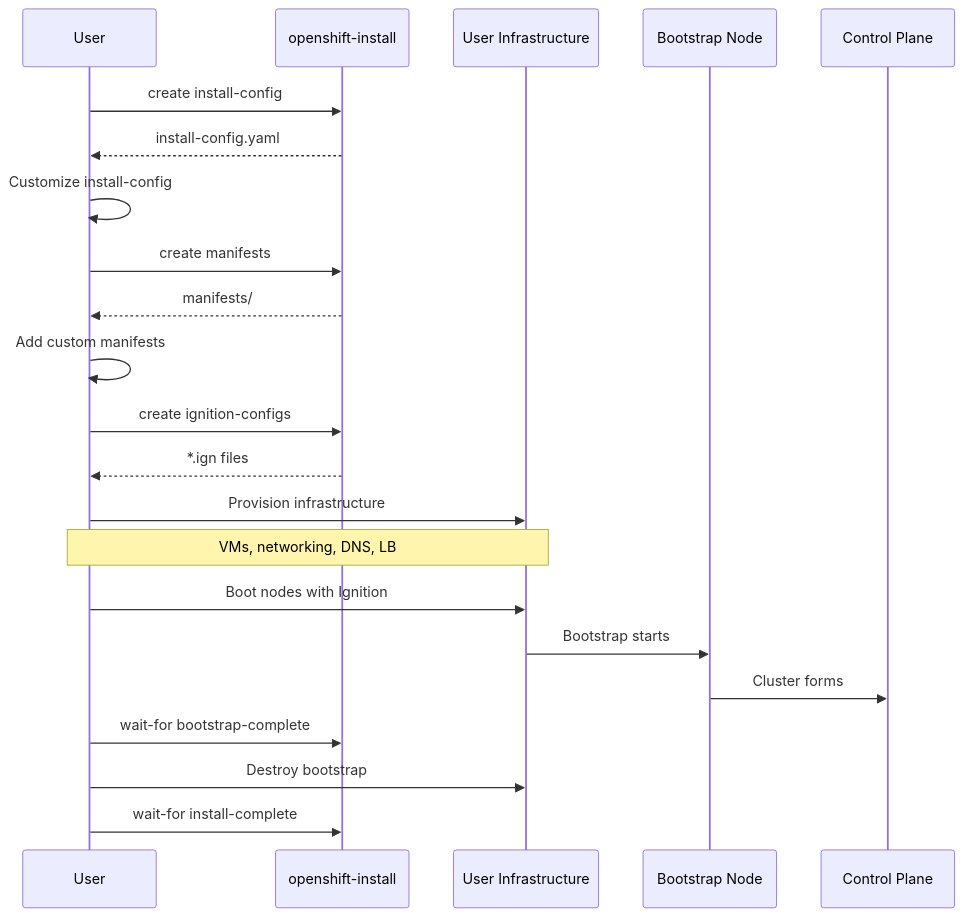
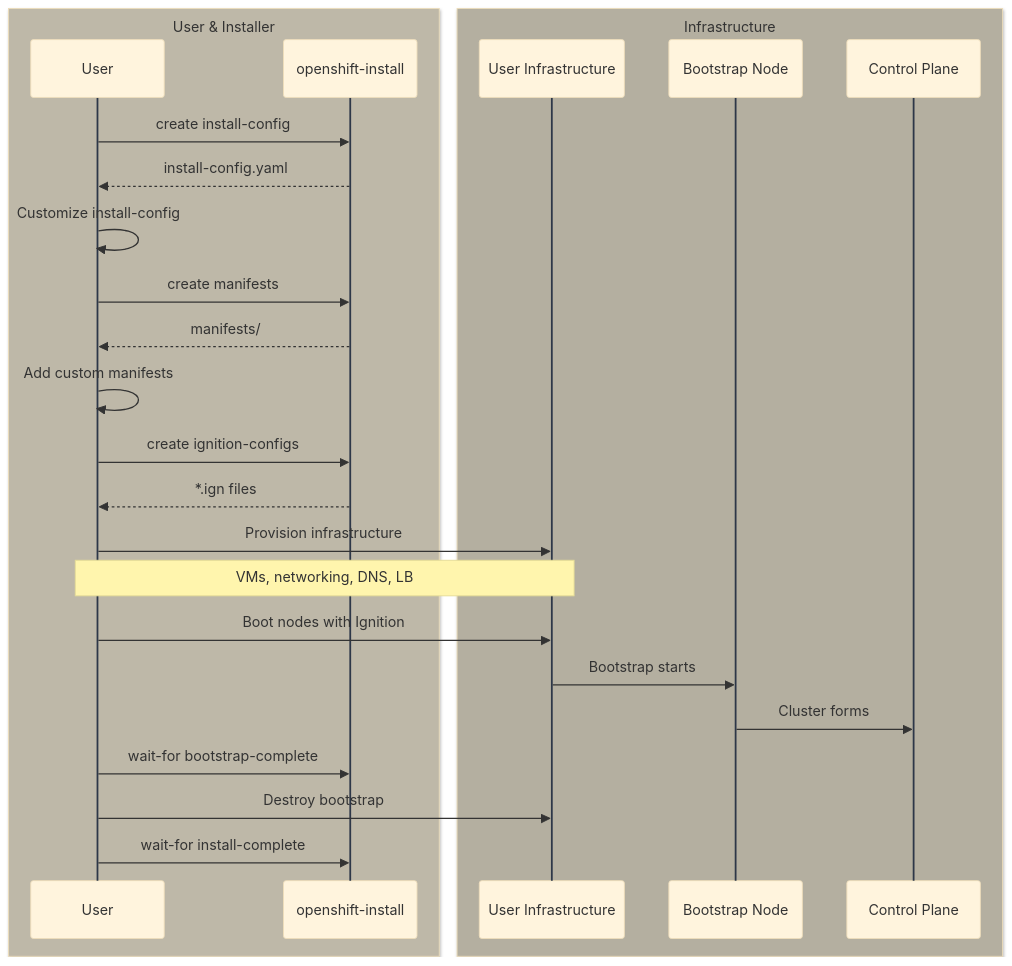
One commit to zszabo-rh/openshift-install-guide changed the first of 2 diagrams in 02-traditional-installers/upi.md. Above: the diagram before and after it, drawn with Mermaid. The commit also changed other lines of this file and 16 other files, not shown here.

Commit message:
improved diagram style

````diff
--- a/02-traditional-installers/upi.md
+++ b/02-traditional-installers/upi.md
@@ -7,25 +7,31 @@
 ```mermaid
+%%{init: {'theme': 'base', 'themeVariables': { 'lineColor': '#2d3748', 'actorLineColor': '#2d3748' }}}%%
 sequenceDiagram
-    participant User
-    participant Installer as openshift-install
-    participant Infra as User Infrastructure
-    participant Bootstrap as Bootstrap Node
-    participant Masters as Control Plane
+    box rgb(190,184,168) User & Installer
+        participant User
+        participant Installer as openshift-install
+    end
+    
+    box rgb(180,175,160) Infrastructure
+        participant Infra as User Infrastructure
+        participant Bootstrap as Bootstrap Node
+        participant Masters as Control Plane
+    end
     
     User->>Installer: create install-config
     Installer-->>User: install-config.yaml
     User->>User: Customize install-config
     User->>Installer: create manifests
     Installer-->>User: manifests/
     User->>User: Add custom manifests
     User->>Installer: create ignition-configs
     Installer-->>User: *.ign files
     User->>Infra: Provision infrastructure
     Note over User,Infra: VMs, networking, DNS, LB
     User->>Infra: Boot nodes with Ignition
     Infra->>Bootstrap: Bootstrap starts
     Bootstrap->>Masters: Cluster forms
     User->>Installer: wait-for bootstrap-complete
     User->>Infra: Destroy bootstrap
     User->>Installer: wait-for install-complete
 ```
````
